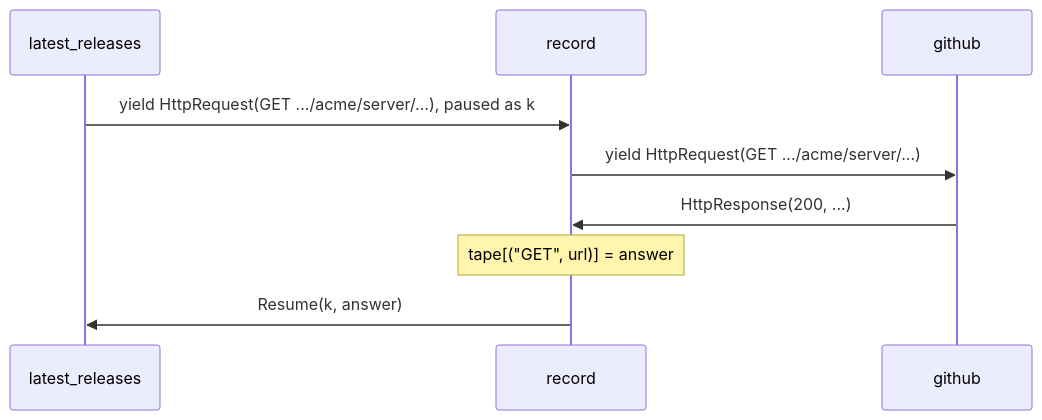
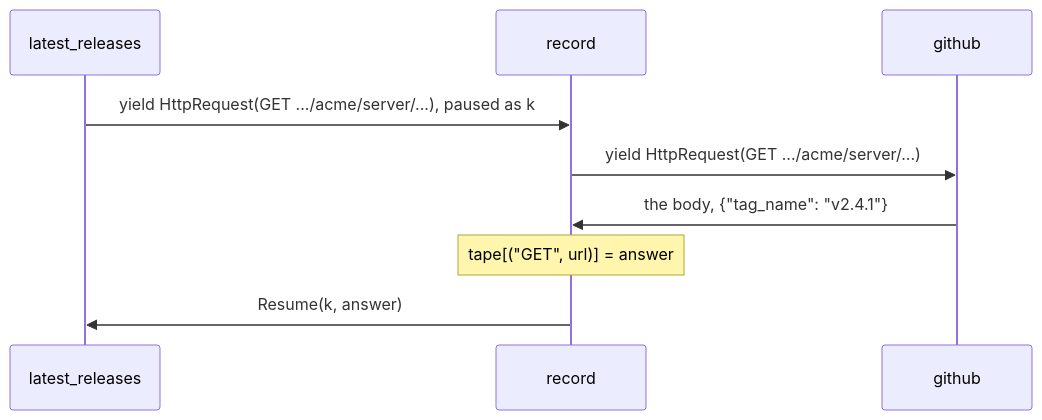
Before and after one commit to proboscis/doeff: the diagram in docs/articles/record-and-replay.md, drawn with Mermaid. The commit also changed other lines of this file and 5 other files, not shown here.

First line of the commit message:
Record and replay: run every example with doeff alone, without the http extra

````diff
--- a/docs/articles/record-and-replay.md
+++ b/docs/articles/record-and-replay.md
@@ -76,11 +81,11 @@
 ```mermaid
 sequenceDiagram
     participant program as latest_releases
     participant record
     participant github
     program->>record: yield HttpRequest(GET .../acme/server/...), paused as k
     record->>github: yield HttpRequest(GET .../acme/server/...)
-    github->>record: HttpResponse(200, ...)
+    github->>record: the body, {"tag_name": "v2.4.1"}
     Note over record: tape[("GET", url)] = answer
     record->>program: Resume(k, answer)
 ```
````
